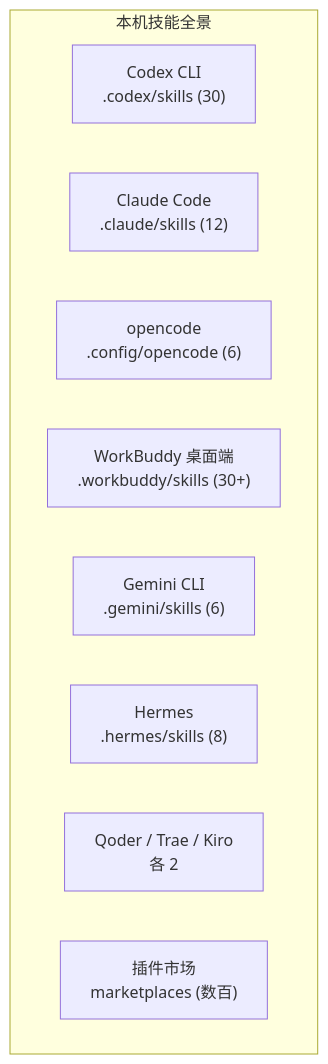
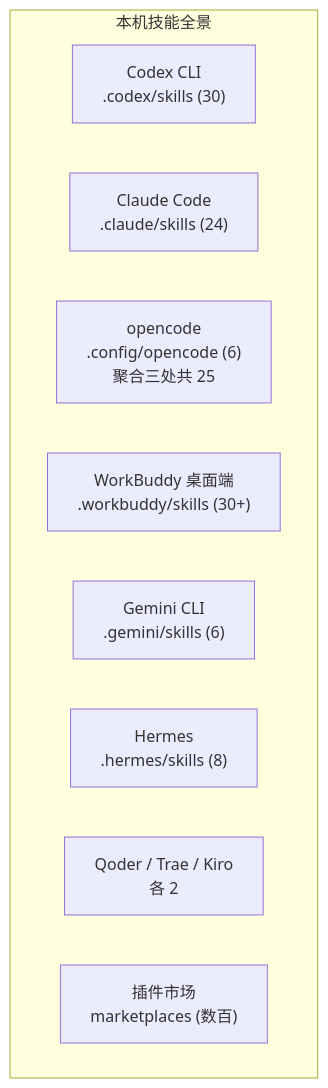
One commit to TTW-F/Obsidian changed the first of 2 diagrams in 20-主题/Agentic CLI/技能库使用手册.md. Above: the diagram before and after it, drawn with Mermaid. The commit also changed other lines of this file, not shown here.

````diff
--- a/20-主题/Agentic CLI/技能库使用手册.md
+++ b/20-主题/Agentic CLI/技能库使用手册.md
@@ -19,13 +19,13 @@
 ```mermaid
 flowchart TD
   subgraph "本机技能全景"
     A["Codex CLI<br/>.codex/skills (30)"]
-    B["Claude Code<br/>.claude/skills (12)"]
-    C["opencode<br/>.config/opencode (6)"]
+    B["Claude Code<br/>.claude/skills (24)"]
+    C["opencode<br/>.config/opencode (6)<br/>聚合三处共 25"]
     D["WorkBuddy 桌面端<br/>.workbuddy/skills (30+)"]
     E["Gemini CLI<br/>.gemini/skills (6)"]
     F["Hermes<br/>.hermes/skills (8)"]
     G["Qoder / Trae / Kiro<br/>各 2"]
     H["插件市场<br/>marketplaces (数百)"]
   end
 ```
````
